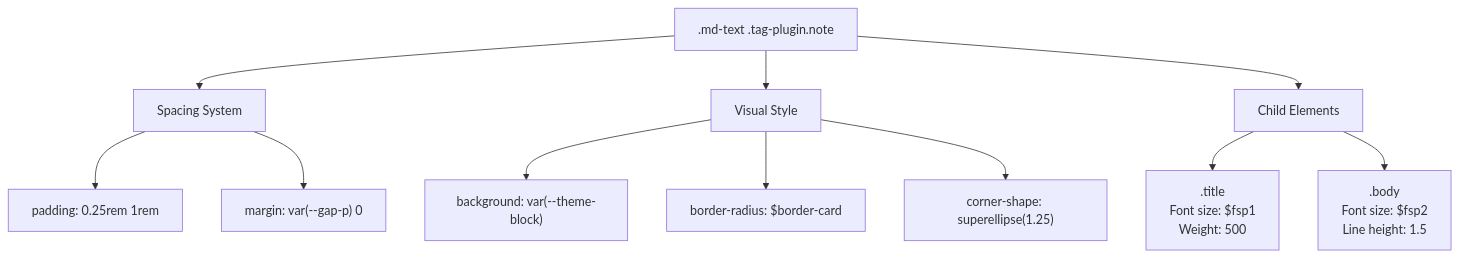
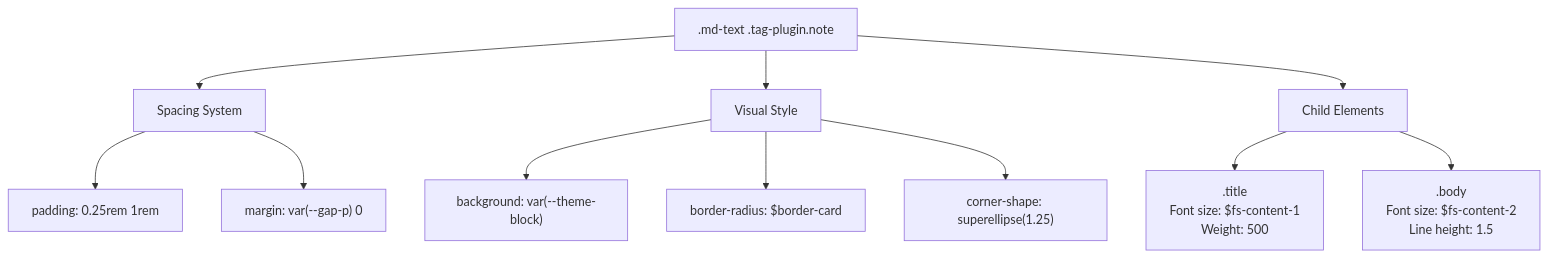
The third of 6 diagrams in themes/stellar/docs/knowledge/04-标签插件/note-container-tags.md (penndu/hexo), drawn with Mermaid before and after one commit. The commit also changed other lines of this file and 161 other files, not shown here.

````diff
--- a/themes/stellar/docs/knowledge/04-标签插件/note-container-tags.md
+++ b/themes/stellar/docs/knowledge/04-标签插件/note-container-tags.md
@@ -145,18 +145,18 @@
 ```mermaid
 graph TB
     BASE[".md-text .tag-plugin.note"]
     
     BASE --> SPACING["Spacing System"]
     BASE --> VISUAL["Visual Style"]
     BASE --> CHILDREN["Child Elements"]
     
     SPACING --> PAD["padding: 0.25rem 1rem"]
     SPACING --> MARGIN["margin: var(--gap-p) 0"]
     
     VISUAL --> BG["background: var(--theme-block)"]
     VISUAL --> RADIUS["border-radius: $border-card"]
     VISUAL --> CORNER["corner-shape: superellipse(1.25)"]
     
-    CHILDREN --> TITLE[".title<br/>Font size: $fsp1<br/>Weight: 500"]
-    CHILDREN --> BODY[".body<br/>Font size: $fsp2<br/>Line height: 1.5"]
+    CHILDREN --> TITLE[".title<br/>Font size: $fs-content-1<br/>Weight: 500"]
+    CHILDREN --> BODY[".body<br/>Font size: $fs-content-2<br/>Line height: 1.5"]
 ```
````
